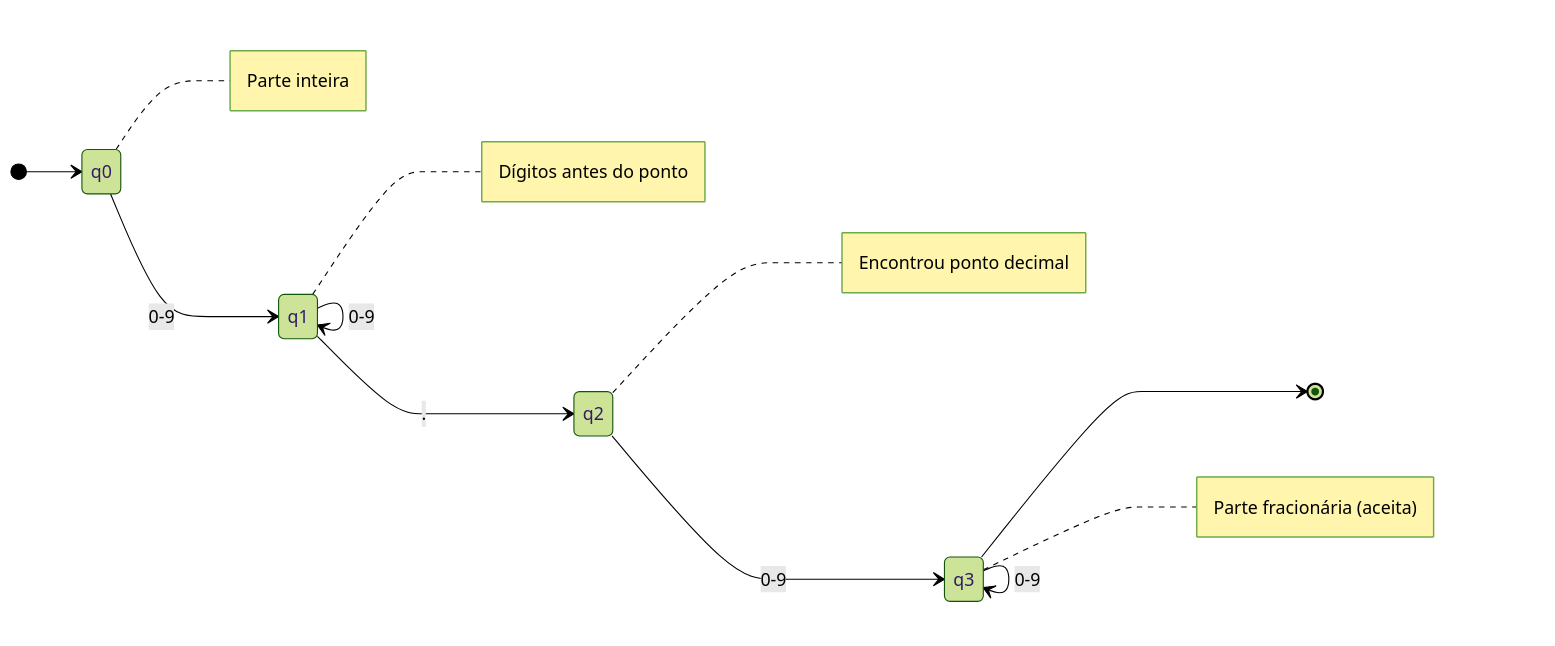
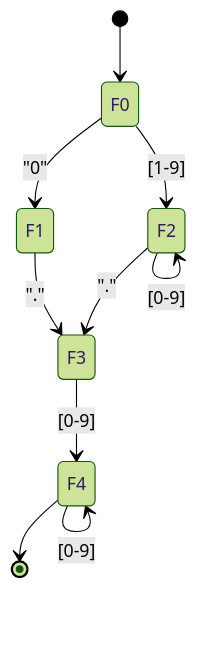
The fourth of 12 diagrams in docs/diagramas/afd_final.md (Raul-Mozart/Linguagem_SimplePoo), drawn with Mermaid (forest theme) before and after one commit. The commit also changed other lines of this file and 59 other files, not shown here.

````diff
--- a/docs/diagramas/afd_final.md
+++ b/docs/diagramas/afd_final.md
@@ -70,18 +53,12 @@
 ```mermaid
 stateDiagram-v2
-    direction LR
-    
-    [*] --> q0
-    
-    q0 --> q1: 0-9
-    q1 --> q1: 0-9
-    q1 --> q2: .
-    q2 --> q3: 0-9
-    q3 --> q3: 0-9
-    q3 --> [*]
-    
-    note right of q0: Parte inteira
-    note right of q1: Dígitos antes do ponto
-    note right of q2: Encontrou ponto decimal
-    note right of q3: Parte fracionária (aceita)
+    [*] --> F0
+    F0 --> F1: "0"
+    F0 --> F2: [1-9]
+    F1 --> F3: "."
+    F2 --> F2: [0-9]
+    F2 --> F3: "."
+    F3 --> F4: [0-9]
+    F4 --> F4: [0-9]
+    F4 --> [*]
 ```
````
